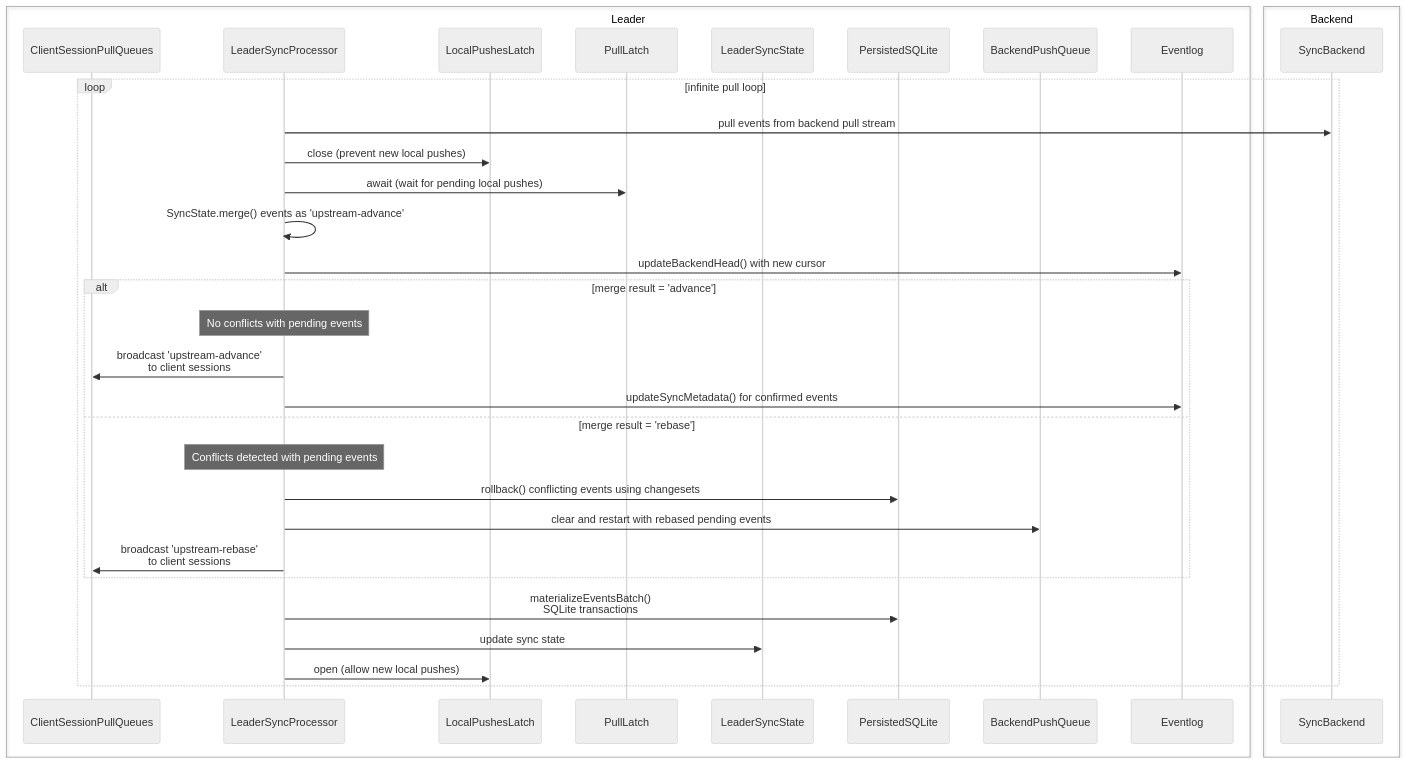
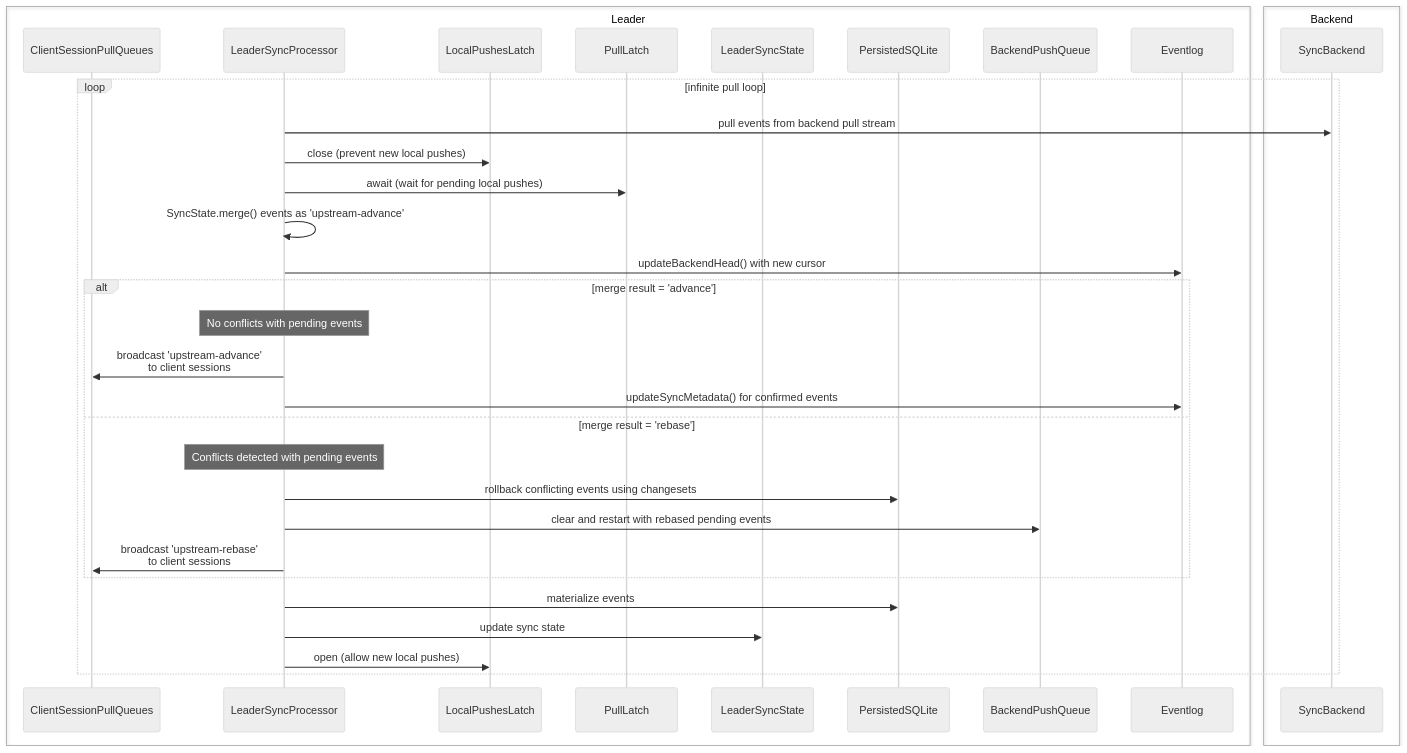
One commit to livestorejs/livestore changed the diagram in docs/src/content/docs/reference/syncing/diagrams/leader-pull-processing.mermaid. Above: the diagram before and after it, drawn with Mermaid (neutral theme). The commit also changed 1 other file, not shown here.

Commit message:
docs(reference): syncing sequence diagrams

```diff
--- a/docs/src/content/docs/reference/syncing/diagrams/leader-pull-processing.mermaid
+++ b/docs/src/content/docs/reference/syncing/diagrams/leader-pull-processing.mermaid
@@ -1,41 +1,41 @@
 sequenceDiagram
     box Leader
         participant ClientSessionPullQueues
         participant LSP as LeaderSyncProcessor
         participant LocalPushesLatch
         participant PullLatch
         participant LeaderSyncState
         participant PersistedSQLite
         participant BackendPushQueue
         participant Eventlog
     end
     box Backend
         participant SyncBackend
     end
 
     loop infinite pull loop
         LSP->>SyncBackend: pull events from backend pull stream
 
         LSP->>LocalPushesLatch: close (prevent new local pushes)
         LSP->>PullLatch: await (wait for pending local pushes)
 
         LSP->>LSP: SyncState.merge() events as 'upstream-advance'
         LSP->>Eventlog: updateBackendHead() with new cursor
 
         alt merge result = 'advance'
             Note over LSP: No conflicts with pending events
             LSP->>ClientSessionPullQueues: broadcast 'upstream-advance'<br/>to client sessions
             LSP->>Eventlog: updateSyncMetadata() for confirmed events
 
         else merge result = 'rebase'
             Note over LSP: Conflicts detected with pending events
-            LSP->>PersistedSQLite: rollback() conflicting events using changesets
+            LSP->>PersistedSQLite: rollback conflicting events using changesets
             LSP->>BackendPushQueue: clear and restart with rebased pending events
             LSP->>ClientSessionPullQueues: broadcast 'upstream-rebase'<br/>to client sessions
         end
 
-        LSP->>PersistedSQLite: materializeEventsBatch()<br/>SQLite transactions
+        LSP->>PersistedSQLite: materialize events
         LSP->>LeaderSyncState: update sync state
 
         LSP->>LocalPushesLatch: open (allow new local pushes)
     end
```
